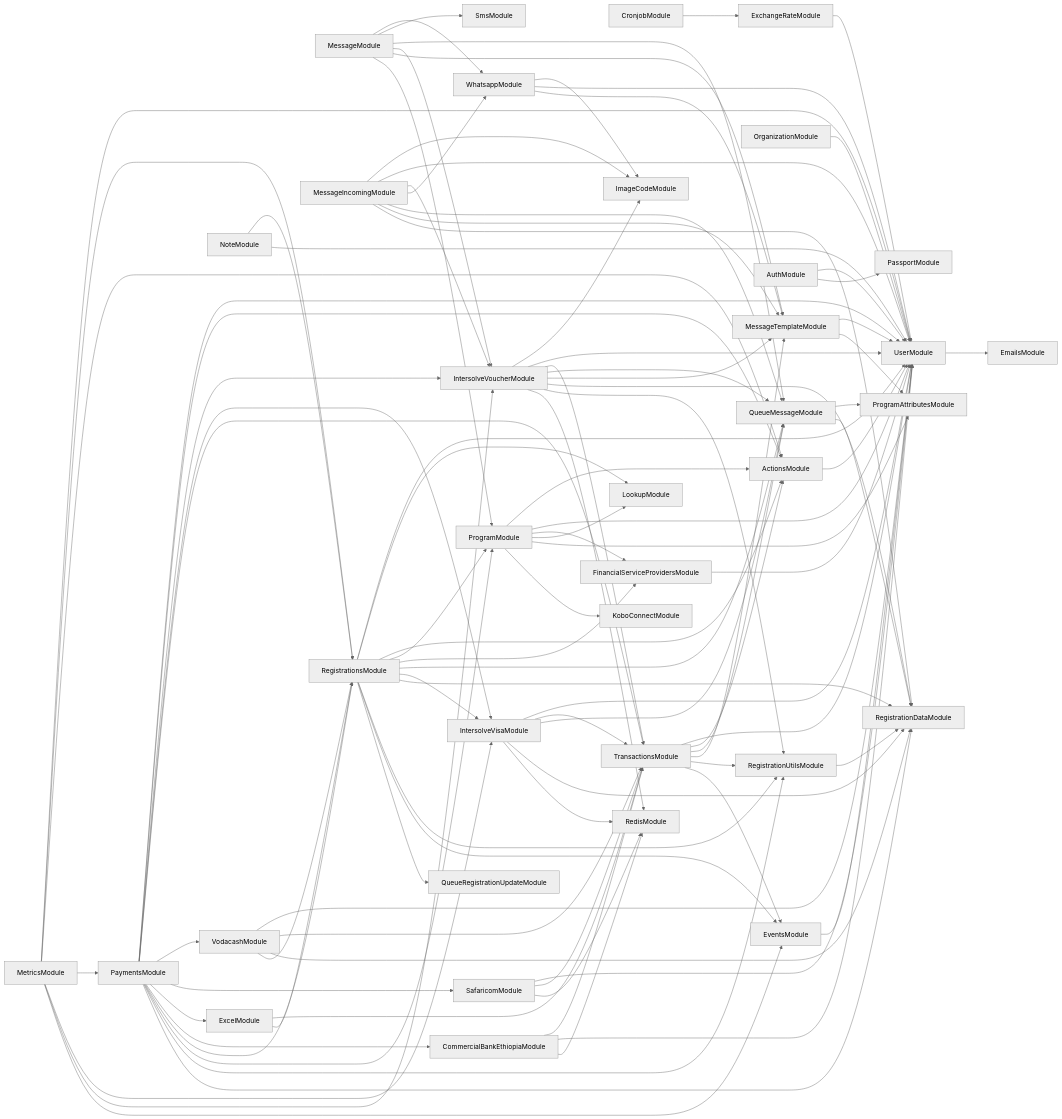
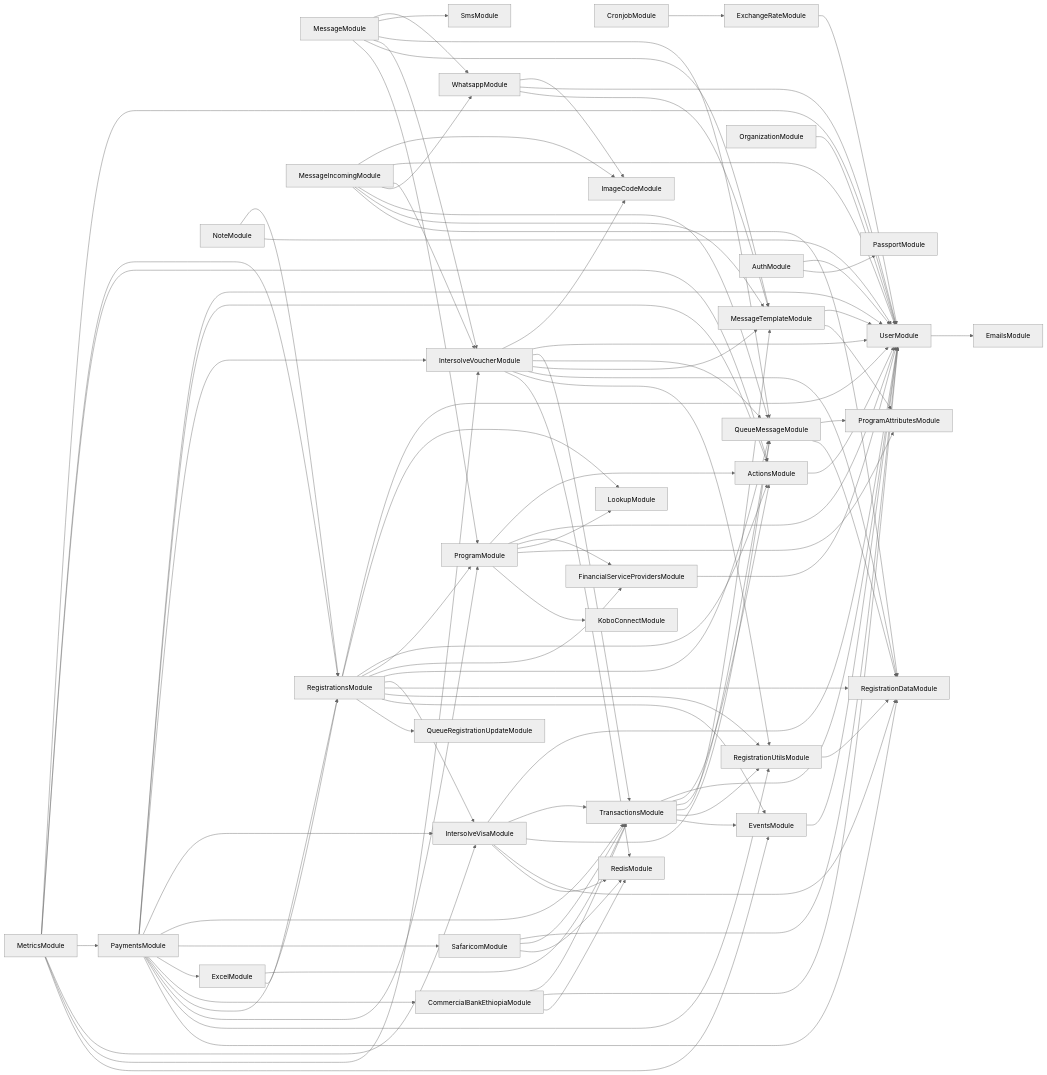
The diagram in services/121-service/module-dependencies.md (global-121/121-platform), drawn with Mermaid (neutral theme) before and after one commit. The commit also changed 40 other files, not shown here.

```diff
--- a/services/121-service/module-dependencies.md
+++ b/services/121-service/module-dependencies.md
@@ -68,11 +68,6 @@
   PaymentsModule-->IntersolveVoucherModule
   PaymentsModule-->IntersolveVisaModule
   PaymentsModule-->TransactionsModule
-  PaymentsModule-->VodacashModule
-  VodacashModule-->UserModule
-  VodacashModule-->TransactionsModule
-  VodacashModule-->RegistrationDataModule
-  VodacashModule-->RegistrationsModule
   PaymentsModule-->SafaricomModule
   SafaricomModule-->UserModule
   SafaricomModule-->TransactionsModule
```
